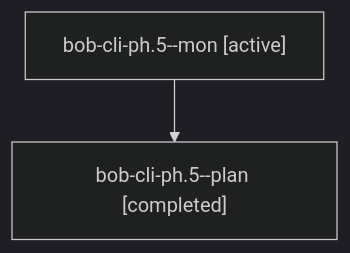
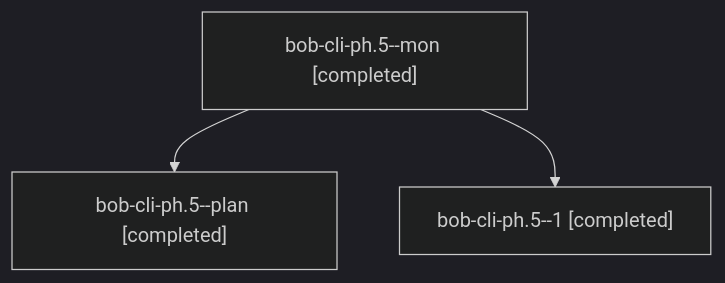
The diagram in sessions/bbugyi200.apollo.bob-cli-ph.5.md (bobs-org/bob-cli--agents), drawn with Mermaid (dark theme) before and after one commit. The commit also changed other lines of this file and 104 other files, not shown here.

````diff
--- a/sessions/bbugyi200.apollo.bob-cli-ph.5.md
+++ b/sessions/bbugyi200.apollo.bob-cli-ph.5.md
@@ -9,6 +9,8 @@
 ```mermaid
 flowchart TD
-  n0["bob-cli-ph.5--mon [active]"]
+  n0["bob-cli-ph.5--mon [completed]"]
   n1["bob-cli-ph.5--plan [completed]"]
   n0 --> n1
+  n2["bob-cli-ph.5--1 [completed]"]
+  n0 --> n2
 ```
````
